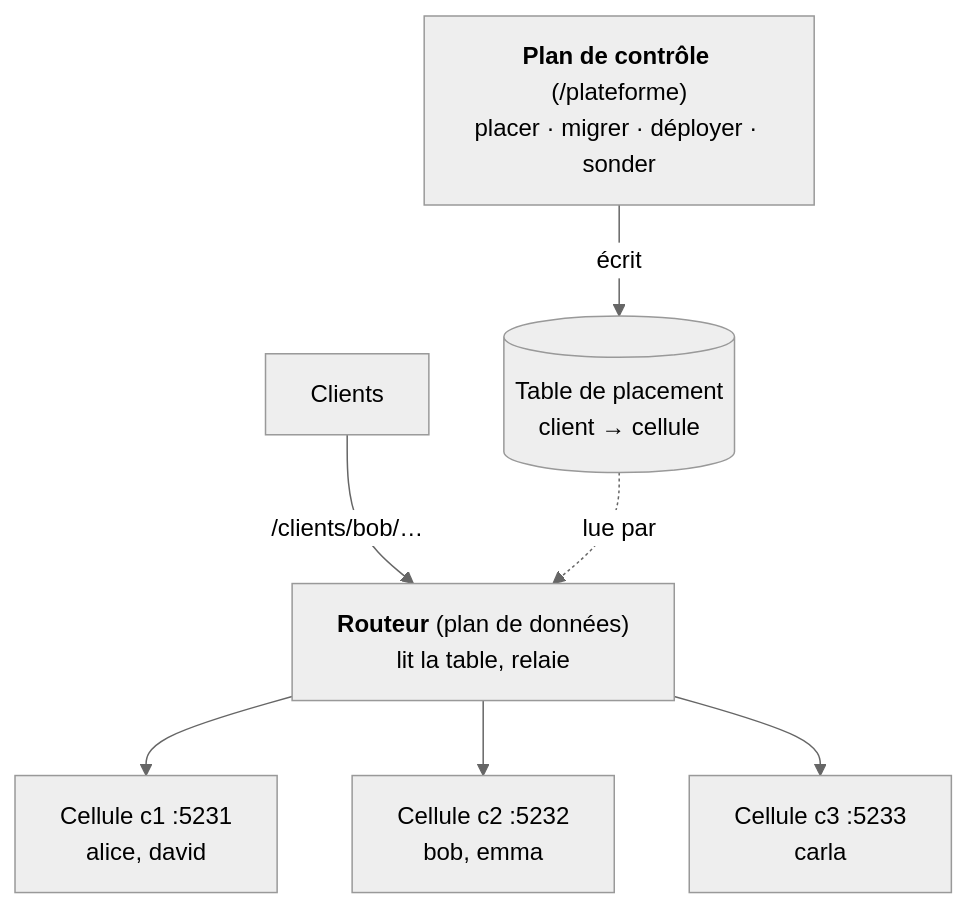
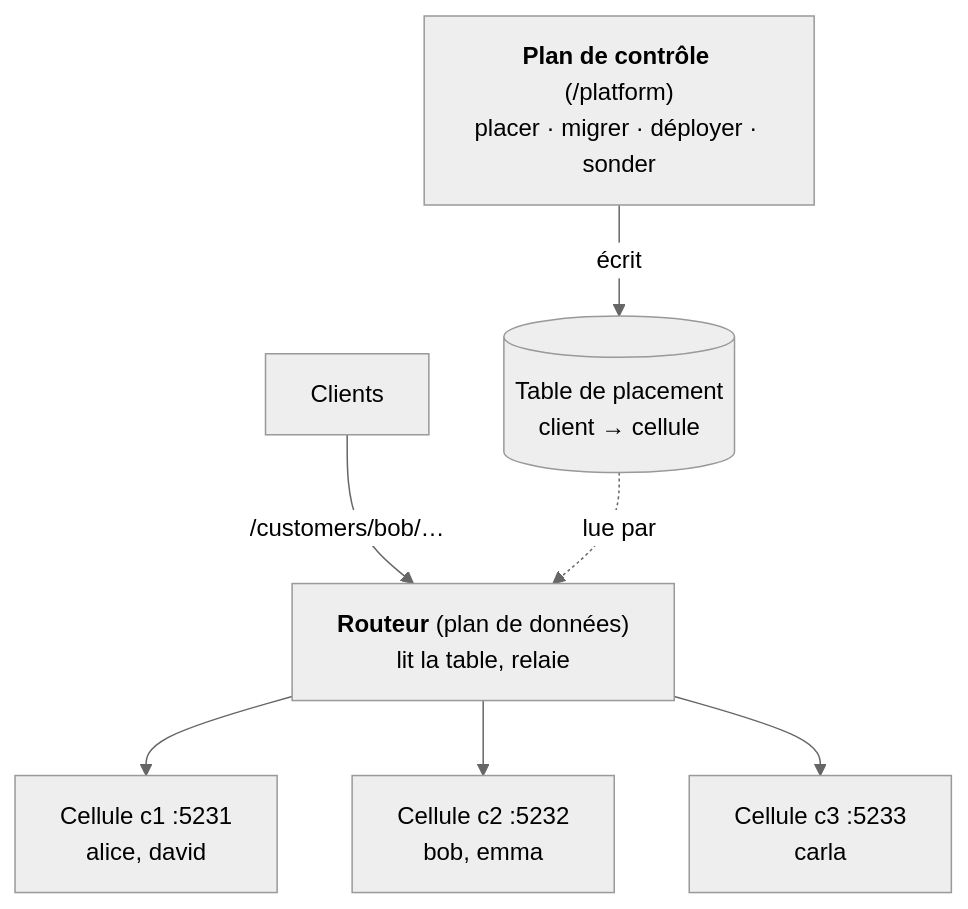
The second of 4 diagrams in Docs/17-cell-based.md (drangoht/ArchitecturesDemo), drawn with Mermaid (neutral theme) before and after one commit. The commit also changed other lines of this file and 70 other files, not shown here.

Commit message:
Docs FR : identifiants, liens, diagrammes et sorties alignés sur le code anglais

````diff
--- a/Docs/17-cell-based.md
+++ b/Docs/17-cell-based.md
@@ -55,9 +55,9 @@
 ```mermaid
 flowchart TB
-    PC["<b>Plan de contrôle</b> (/plateforme)<br/>placer · migrer · déployer · sonder"] -->|"écrit"| TP[("Table de placement<br/>client → cellule")]
-    CL["Clients"] -->|"/clients/bob/…"| RT["<b>Routeur</b> (plan de données)<br/>lit la table, relaie"]
+    PC["<b>Plan de contrôle</b> (/platform)<br/>placer · migrer · déployer · sonder"] -->|"écrit"| TP[("Table de placement<br/>client → cellule")]
+    CL["Clients"] -->|"/customers/bob/…"| RT["<b>Routeur</b> (plan de données)<br/>lit la table, relaie"]
     TP -.->|"lue par"| RT
     RT --> C1["Cellule c1 :5231<br/>alice, david"]
     RT --> C2["Cellule c2 :5232<br/>bob, emma"]
     RT --> C3["Cellule c3 :5233<br/>carla"]
 ```
````
